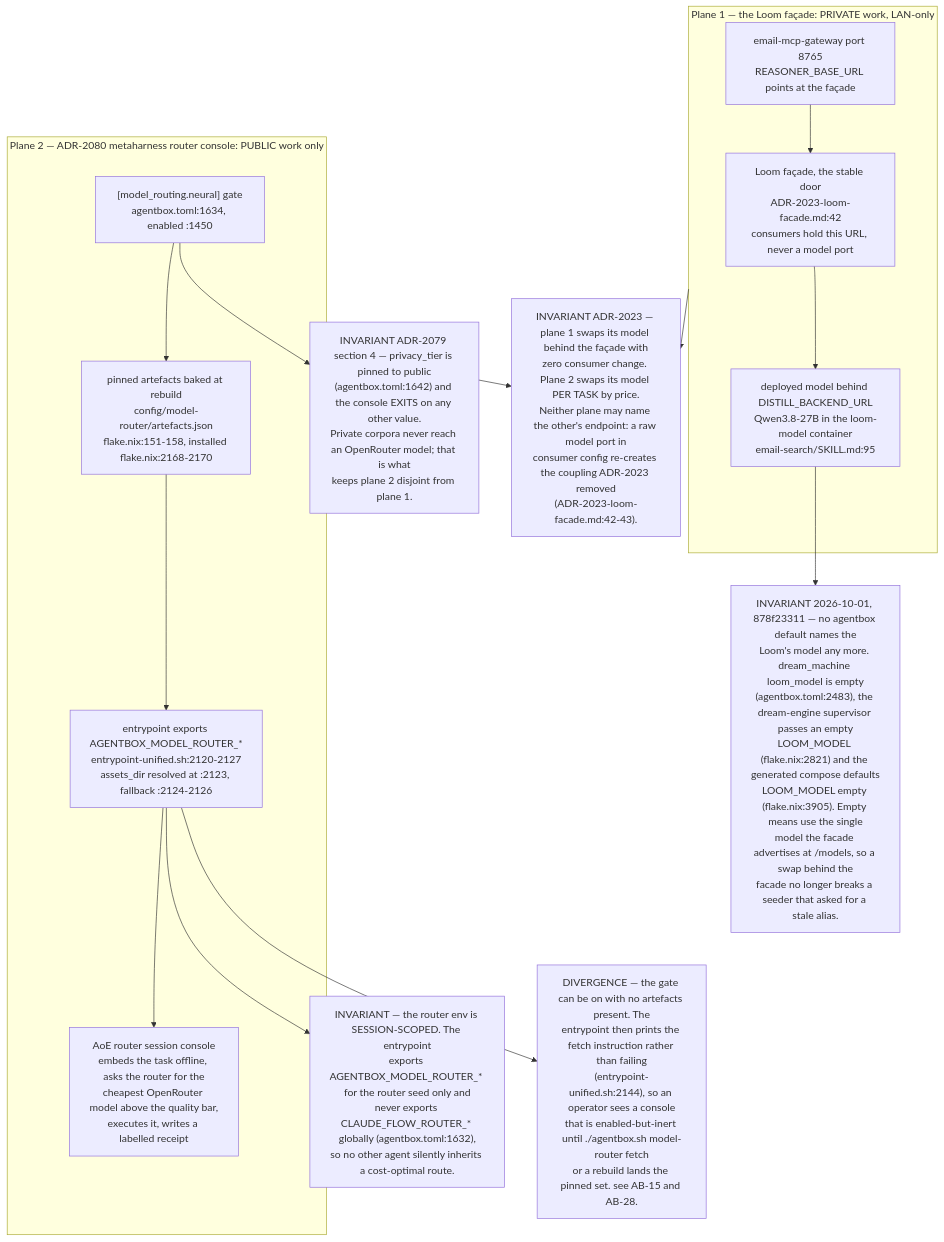
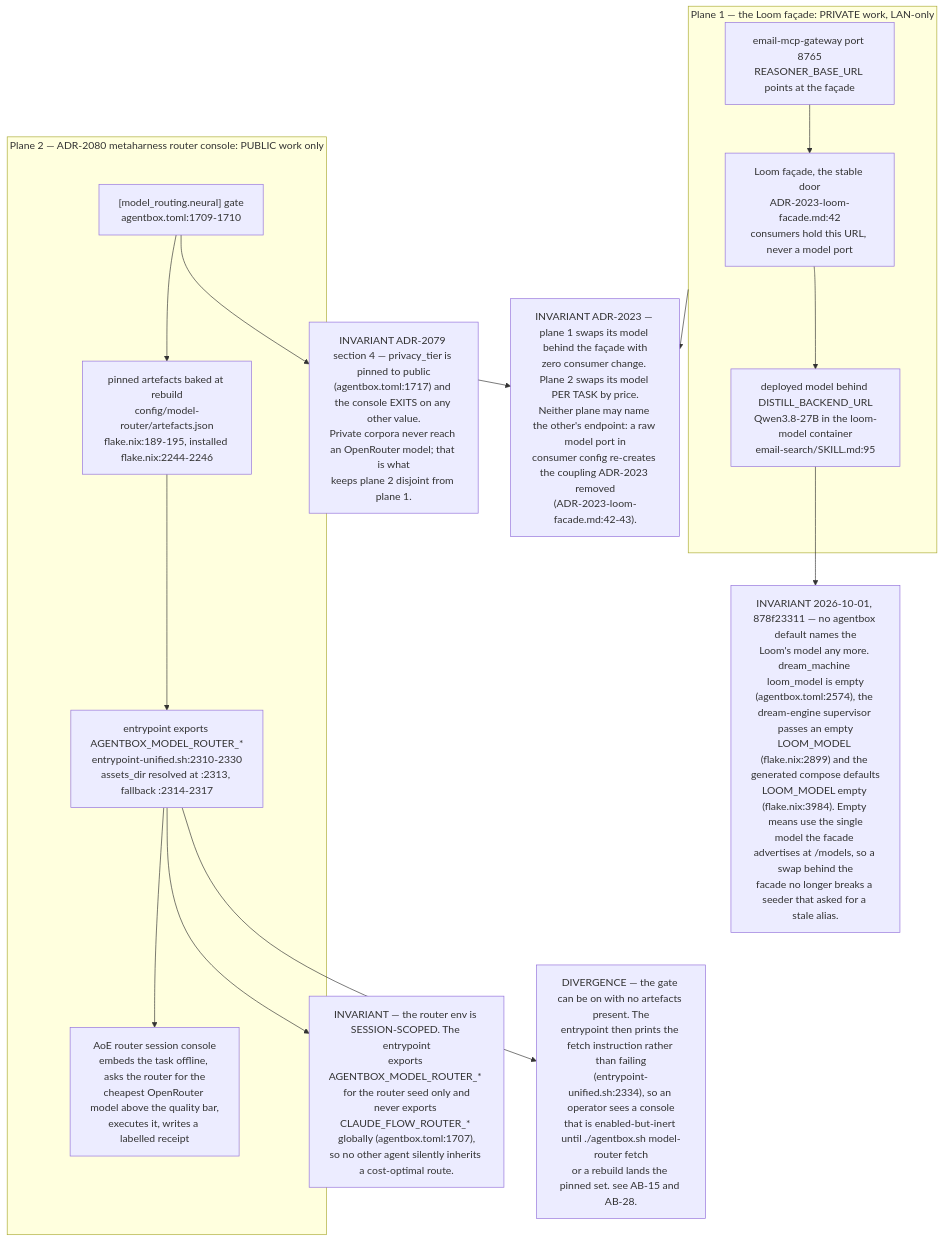
One commit to DreamLab-AI/VisionFlow changed the tenth of 11 diagrams in docs/diagrams/estate/06-loom-and-email-privacy-path.md. Above: the diagram before and after it, drawn with Mermaid. The commit also changed other lines of this file and 160 other files, not shown here.

````diff
--- a/docs/diagrams/estate/06-loom-and-email-privacy-path.md
+++ b/docs/diagrams/estate/06-loom-and-email-privacy-path.md
@@ -332,31 +350,31 @@
 ```mermaid
 flowchart TB
     subgraph PRIV["Plane 1 — the Loom façade: PRIVATE work, LAN-only"]
         FAC["Loom façade, the stable door<br/>ADR-2023-loom-facade.md:42<br/>consumers hold this URL, never a model port"]
         MDL["deployed model behind DISTILL_BACKEND_URL<br/>Qwen3.8-27B in the loom-model container<br/>email-search/SKILL.md:95"]
         MAIL["email-mcp-gateway port 8765<br/>REASONER_BASE_URL points at the façade"]
         FAC --> MDL
         MAIL --> FAC
     end
 
     subgraph PUB["Plane 2 — ADR-2080 metaharness router console: PUBLIC work only"]
-        GATE["[model_routing.neural] gate<br/>agentbox.toml:1634, enabled :1450"]
-        ART["pinned artefacts baked at rebuild<br/>config/model-router/artefacts.json<br/>flake.nix:151-158, installed flake.nix:2168-2170"]
-        ENV["entrypoint exports AGENTBOX_MODEL_ROUTER_*<br/>entrypoint-unified.sh:2120-2127<br/>assets_dir resolved at :2123, fallback :2124-2126"]
+        GATE["[model_routing.neural] gate<br/>agentbox.toml:1709-1710"]
+        ART["pinned artefacts baked at rebuild<br/>config/model-router/artefacts.json<br/>flake.nix:189-195, installed flake.nix:2244-2246"]
+        ENV["entrypoint exports AGENTBOX_MODEL_ROUTER_*<br/>entrypoint-unified.sh:2310-2330<br/>assets_dir resolved at :2313, fallback :2314-2317"]
         CON["AoE router session console<br/>embeds the task offline, asks the router for the<br/>cheapest OpenRouter model above the quality bar,<br/>executes it, writes a labelled receipt"]
         GATE --> ART --> ENV --> CON
     end
 
-    INV1["INVARIANT ADR-2079 section 4 — privacy_tier is pinned to public<br/>(agentbox.toml:1642) and the console EXITS on any other value.<br/>Private corpora never reach an OpenRouter model; that is what<br/>keeps plane 2 disjoint from plane 1."]
-    INV2["INVARIANT — the router env is SESSION-SCOPED. The entrypoint<br/>exports AGENTBOX_MODEL_ROUTER_* for the router seed only and<br/>never exports CLAUDE_FLOW_ROUTER_* globally (agentbox.toml:1632),<br/>so no other agent silently inherits a cost-optimal route."]
+    INV1["INVARIANT ADR-2079 section 4 — privacy_tier is pinned to public<br/>(agentbox.toml:1717) and the console EXITS on any other value.<br/>Private corpora never reach an OpenRouter model; that is what<br/>keeps plane 2 disjoint from plane 1."]
+    INV2["INVARIANT — the router env is SESSION-SCOPED. The entrypoint<br/>exports AGENTBOX_MODEL_ROUTER_* for the router seed only and<br/>never exports CLAUDE_FLOW_ROUTER_* globally (agentbox.toml:1707),<br/>so no other agent silently inherits a cost-optimal route."]
     INV3["INVARIANT ADR-2023 — plane 1 swaps its model behind the façade with<br/>zero consumer change. Plane 2 swaps its model PER TASK by price.<br/>Neither plane may name the other's endpoint: a raw model port in<br/>consumer config re-creates the coupling ADR-2023 removed<br/>(ADR-2023-loom-facade.md:42-43)."]
-    DEG["DIVERGENCE — the gate can be on with no artefacts present. The<br/>entrypoint then prints the fetch instruction rather than failing<br/>(entrypoint-unified.sh:2144), so an operator sees a console<br/>that is enabled-but-inert until ./agentbox.sh model-router fetch<br/>or a rebuild lands the pinned set. see AB-15 and AB-28."]
+    DEG["DIVERGENCE — the gate can be on with no artefacts present. The<br/>entrypoint then prints the fetch instruction rather than failing<br/>(entrypoint-unified.sh:2334), so an operator sees a console<br/>that is enabled-but-inert until ./agentbox.sh model-router fetch<br/>or a rebuild lands the pinned set. see AB-15 and AB-28."]
 
-    NOPIN["INVARIANT 2026-10-01, 878f23311 — no agentbox default names the<br/>Loom's model any more. dream_machine loom_model is empty<br/>(agentbox.toml:2483), the dream-engine supervisor passes an empty<br/>LOOM_MODEL (flake.nix:2821) and the generated compose defaults<br/>LOOM_MODEL empty (flake.nix:3905). Empty means use the single<br/>model the facade advertises at /models, so a swap behind the<br/>facade no longer breaks a seeder that asked for a stale alias."]
+    NOPIN["INVARIANT 2026-10-01, 878f23311 — no agentbox default names the<br/>Loom's model any more. dream_machine loom_model is empty<br/>(agentbox.toml:2574), the dream-engine supervisor passes an empty<br/>LOOM_MODEL (flake.nix:2899) and the generated compose defaults<br/>LOOM_MODEL empty (flake.nix:3984). Empty means use the single<br/>model the facade advertises at /models, so a swap behind the<br/>facade no longer breaks a seeder that asked for a stale alias."]
     MDL --> NOPIN
     PRIV --> INV3
     PUB --> INV3
     GATE --> INV1
     ENV --> INV2
     ENV --> DEG
 ```
````
